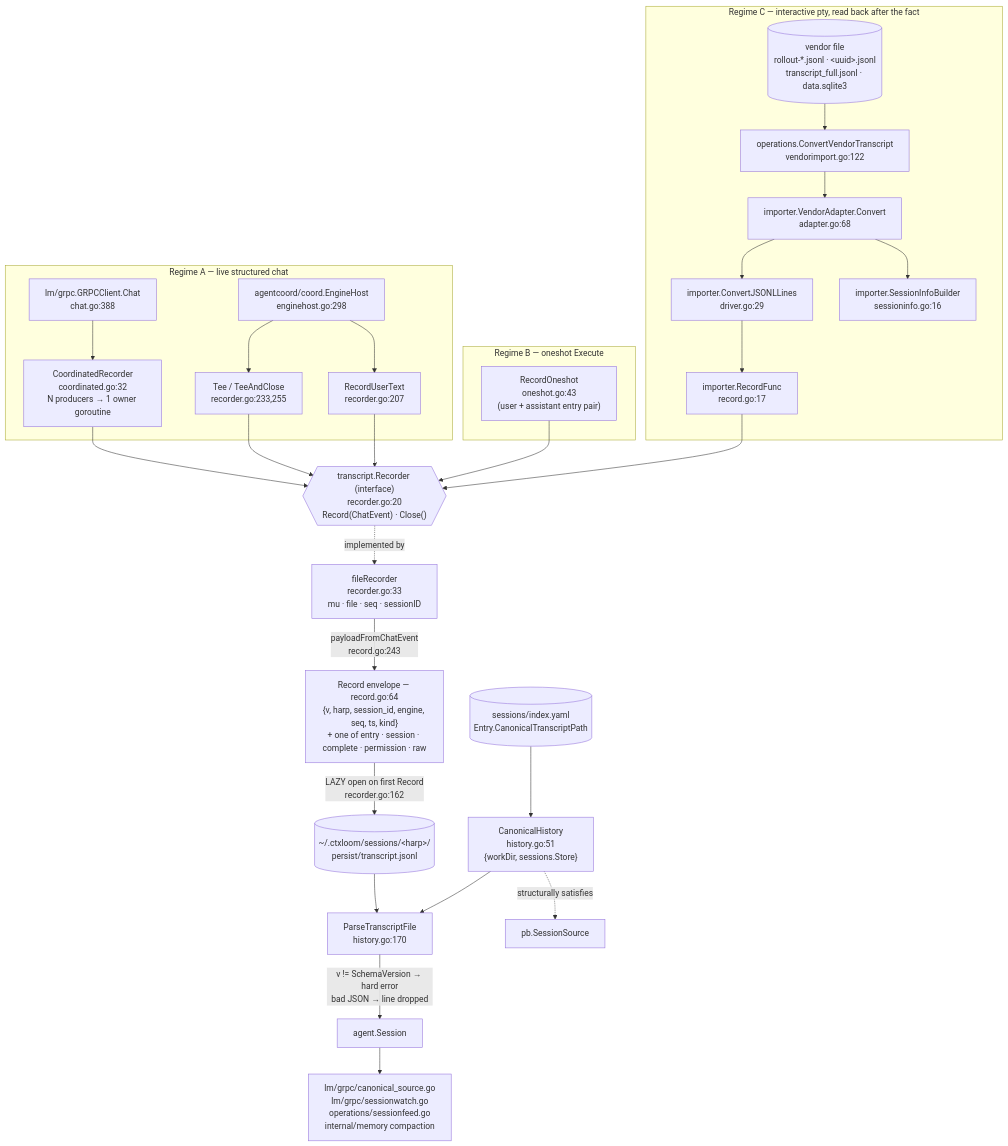
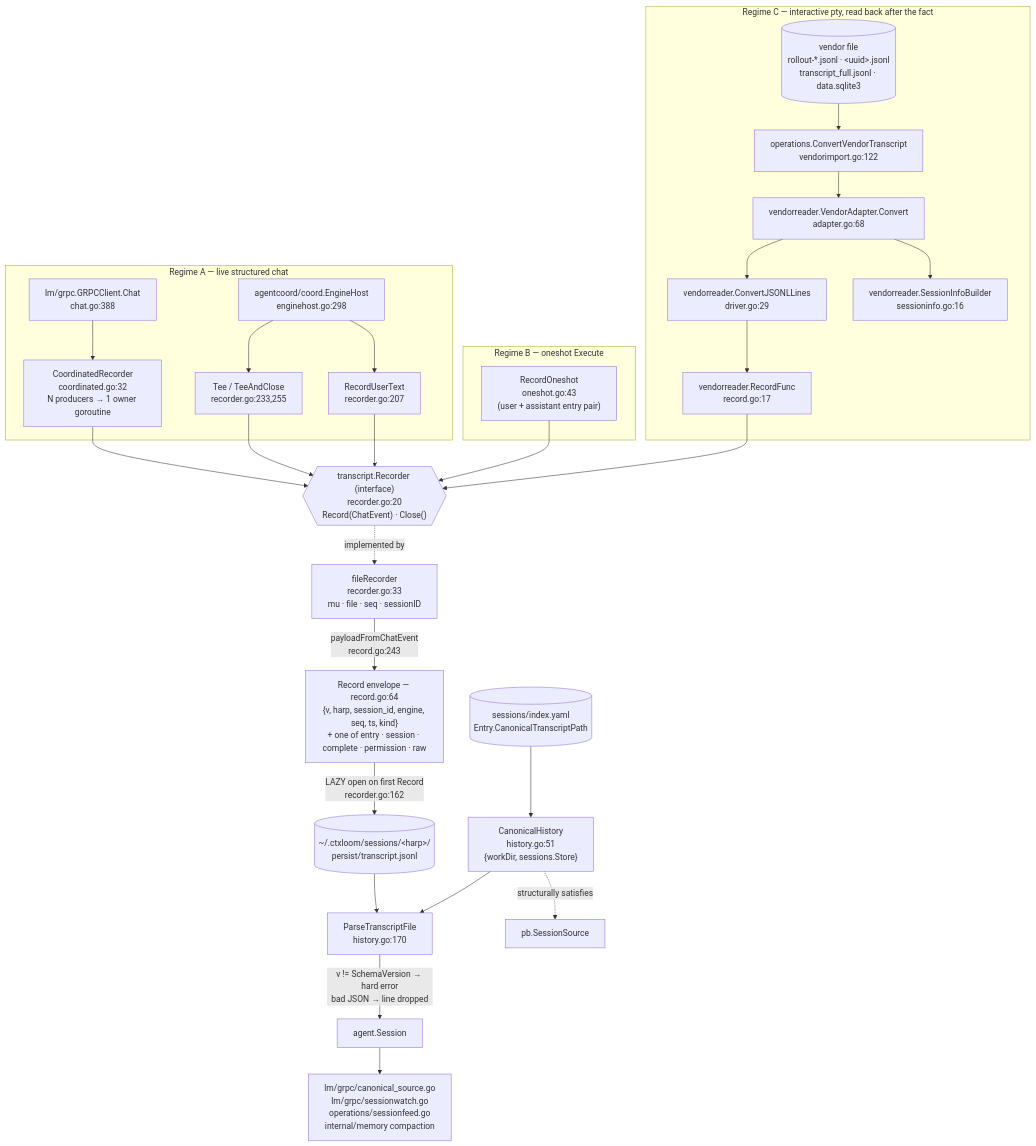
Before and after one commit to ctxloom/ctxloom: the first of 2 diagrams in docs/architecture/companions/transcript.md, drawn with Mermaid. The commit also changed other lines of this file and 129 other files, not shown here.

First line of the commit message:
refactor(transcript): rename the importer package to vendorreader

````diff
--- a/docs/architecture/companions/transcript.md
+++ b/docs/architecture/companions/transcript.md
@@ -23,47 +23,47 @@
 ```mermaid
 flowchart TD
     subgraph live["Regime A — live structured chat"]
       GC["lm/grpc.GRPCClient.Chat<br/>chat.go:388"]
       EH["agentcoord/coord.EngineHost<br/>enginehost.go:298"]
       CR["CoordinatedRecorder<br/>coordinated.go:32<br/>N producers → 1 owner goroutine"]
       TEE["Tee / TeeAndClose<br/>recorder.go:233,255"]
       RUT["RecordUserText<br/>recorder.go:207"]
     end
 
     subgraph oneshot["Regime B — oneshot Execute"]
       RO["RecordOneshot<br/>oneshot.go:43<br/>(user + assistant entry pair)"]
     end
 
     subgraph vendor["Regime C — interactive pty, read back after the fact"]
       VF[("vendor file<br/>rollout-*.jsonl · &lt;uuid&gt;.jsonl<br/>transcript_full.jsonl · data.sqlite3")]
       CVT["operations.ConvertVendorTranscript<br/>vendorimport.go:122"]
-      VA["importer.VendorAdapter.Convert<br/>adapter.go:68"]
-      DRV["importer.ConvertJSONLLines<br/>driver.go:29"]
-      SIB["importer.SessionInfoBuilder<br/>sessioninfo.go:16"]
-      RF["importer.RecordFunc<br/>record.go:17"]
+      VA["vendorreader.VendorAdapter.Convert<br/>adapter.go:68"]
+      DRV["vendorreader.ConvertJSONLLines<br/>driver.go:29"]
+      SIB["vendorreader.SessionInfoBuilder<br/>sessioninfo.go:16"]
+      RF["vendorreader.RecordFunc<br/>record.go:17"]
     end
 
     GC --> CR
     EH --> TEE
     EH --> RUT
     CR --> RECI
     TEE --> RECI
     RUT --> RECI
     RO --> RECI
     VF --> CVT --> VA --> DRV
     VA --> SIB
     DRV --> RF --> RECI
 
     RECI{{"transcript.Recorder (interface)<br/>recorder.go:20<br/>Record(ChatEvent) · Close()"}}
     RECI -.implemented by.-> FR["fileRecorder<br/>recorder.go:33<br/>mu · file · seq · sessionID"]
 
     FR -->|"payloadFromChatEvent<br/>record.go:243"| REC["Record envelope — record.go:64<br/>{v, harp, session_id, engine, seq, ts, kind}<br/>+ one of entry · session · complete · permission · raw"]
     REC -->|"LAZY open on first Record<br/>recorder.go:162"| DISK[("~/.ctxloom/sessions/&lt;harp&gt;/<br/>persist/transcript.jsonl")]
 
     DISK --> PTF["ParseTranscriptFile<br/>history.go:170"]
     PTF -->|"v != SchemaVersion → hard error<br/>bad JSON → line dropped"| SESS["agent.Session"]
     CH["CanonicalHistory<br/>history.go:51<br/>{workDir, sessions.Store}"] --> PTF
     CH -.structurally satisfies.-> PBS["pb.SessionSource"]
     IDX[("sessions/index.yaml<br/>Entry.CanonicalTranscriptPath")] --> CH
     SESS --> CONS["lm/grpc/canonical_source.go<br/>lm/grpc/sessionwatch.go<br/>operations/sessionfeed.go<br/>internal/memory compaction"]
 ```
````
